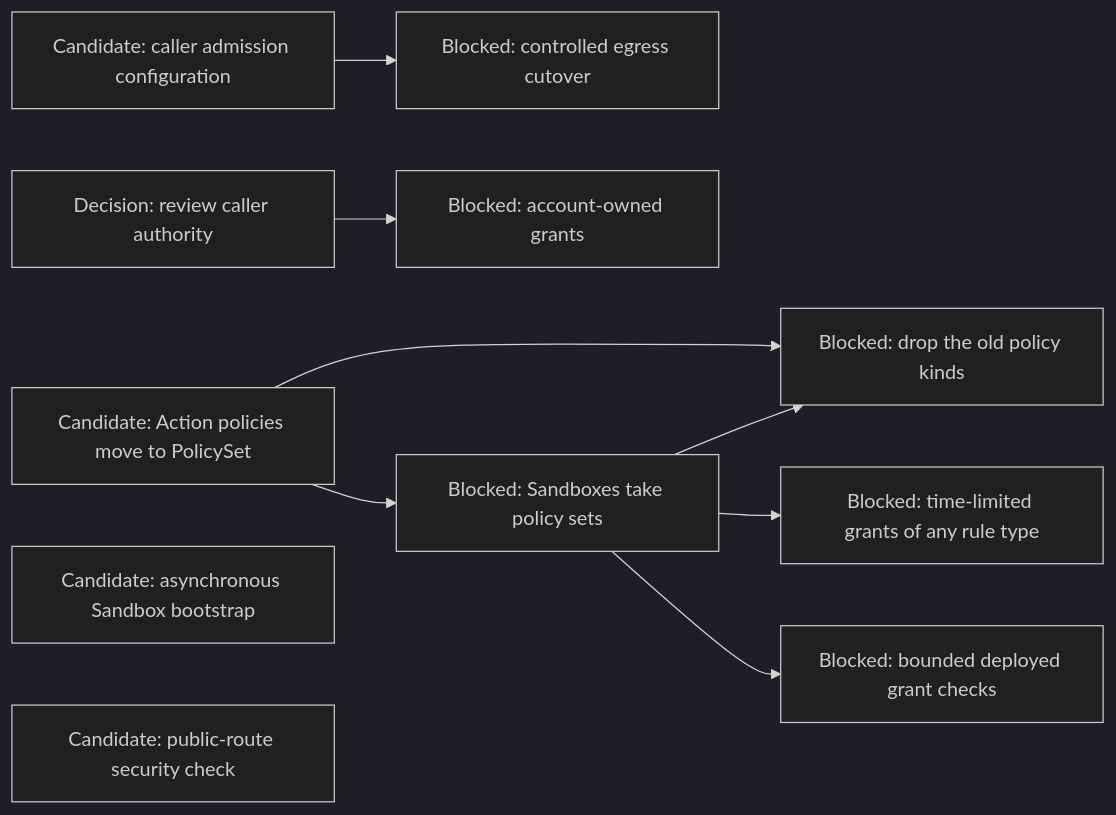
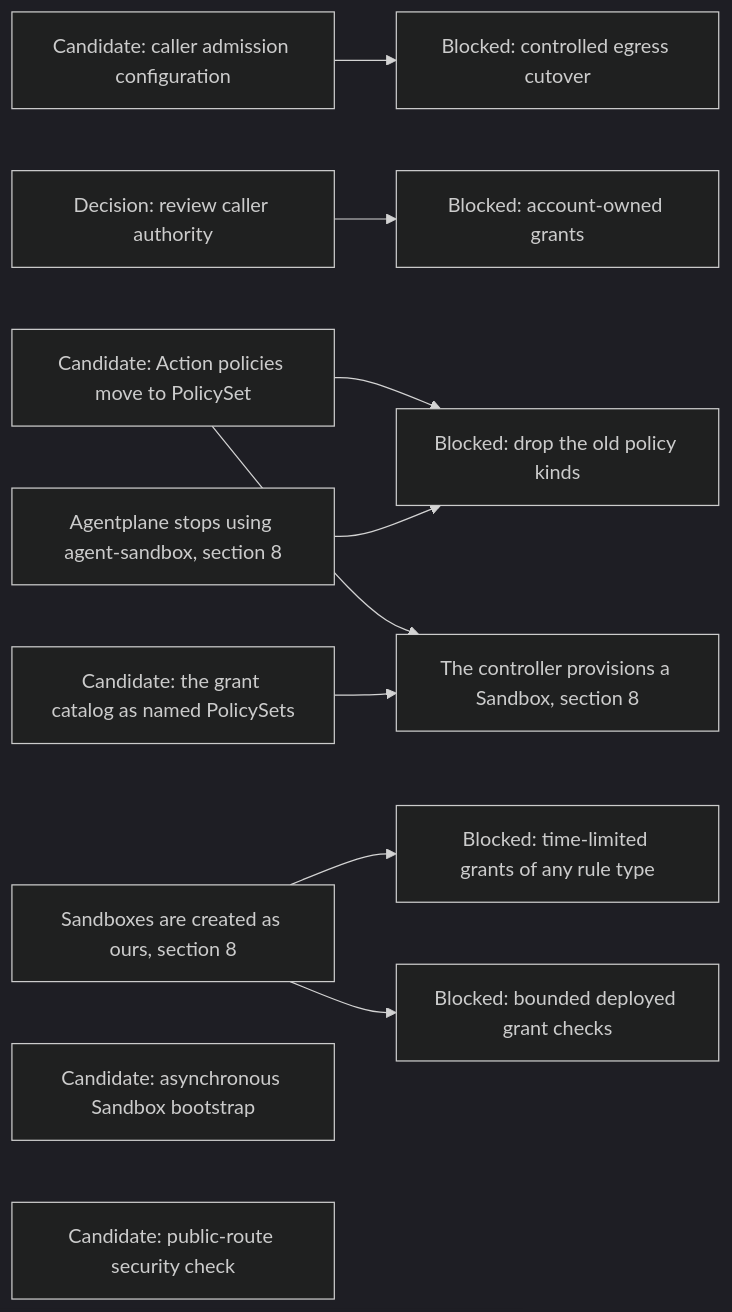
The eighth of 15 diagrams in agentplane/plans/task_dag.md (agentydragon-agent/ducktape), drawn with Mermaid (dark theme) before and after one commit. The commit also changed other lines of this file and 1 other file, not shown here.

````diff
--- a/agentplane/plans/task_dag.md
+++ b/agentplane/plans/task_dag.md
@@ -471,14 +471,16 @@
 ```mermaid
 flowchart LR
     PC_EGRESS_CREDENTIALS[Candidate: caller admission configuration] --> PC_EGRESS[Blocked: controlled egress cutover]
     CLAUDE_AI_SA[Decision: review caller authority] --> MANAGED_SA_RBAC[Blocked: account-owned grants]
     ACTION_POLICY_MIGRATE[Candidate: Action policies move to PolicySet]
     ACTION_POLICY_MIGRATE --> OLD_POLICY_KINDS_DROP[Blocked: drop the old policy kinds]
-    ACTION_POLICY_MIGRATE --> POLICY_SANDBOX_CUTOVER[Blocked: Sandboxes take policy sets]
-    POLICY_SANDBOX_CUTOVER --> POLICY_RUNTIME_GRANTS[Blocked: time-limited grants of any rule type]
-    POLICY_SANDBOX_CUTOVER --> SANDBOX_RBAC
-    POLICY_SANDBOX_CUTOVER --> OLD_POLICY_KINDS_DROP
+    KUBERNETES_POLICY_SETS[Candidate: the grant catalog as named PolicySets]
+    ACTION_POLICY_MIGRATE --> SANDBOX_CONTROLLER_PROVISIONING[The controller provisions a Sandbox, section 8]
+    KUBERNETES_POLICY_SETS --> SANDBOX_CONTROLLER_PROVISIONING
+    SANDBOX_CREATE_CUTOVER[Sandboxes are created as ours, section 8] --> POLICY_RUNTIME_GRANTS[Blocked: time-limited grants of any rule type]
+    SANDBOX_CREATE_CUTOVER --> SANDBOX_RBAC
+    AGENT_SANDBOX_RETIRE[Agentplane stops using agent-sandbox, section 8] --> OLD_POLICY_KINDS_DROP
     BOOTSTRAP_PROGRESS_CONTRACT[Candidate: asynchronous Sandbox bootstrap]
     SANDBOX_RBAC[Blocked: bounded deployed grant checks]
     NOTIFICATION_INGRESS_BOUNDARY[Candidate: public-route security check]
 ```
````
